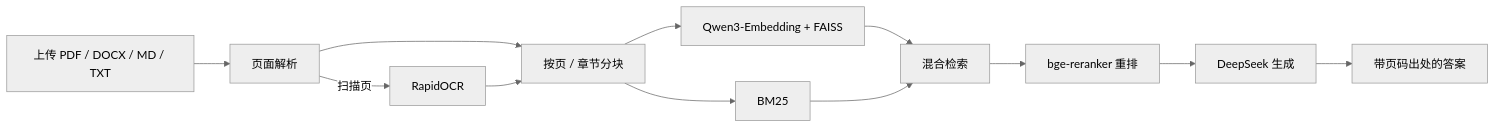
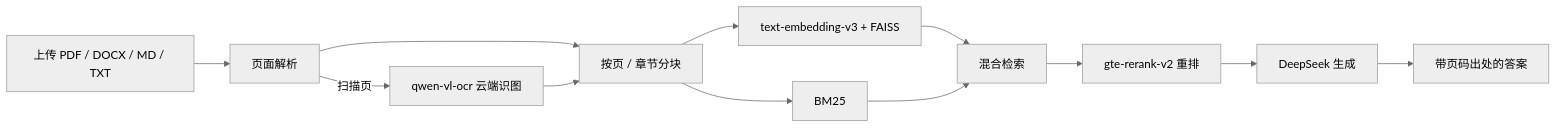
The diagram in README.md (changliu736-design/zhidu-xiaozhan), drawn with Mermaid (neutral theme) before and after one commit. The commit also changed other lines of this file and 9 other files, not shown here.

First line of the commit message:
feat: 扫描件 OCR 改走云端 qwen-vl-ocr，服务器不再装本地推理框架

````diff
--- a/README.md
+++ b/README.md
@@ -259,14 +260,14 @@
 ```mermaid
 flowchart LR
     A["上传 PDF / DOCX / MD / TXT"] --> B["页面解析"]
-    B -->|扫描页| C["RapidOCR"]
+    B -->|扫描页| C["qwen-vl-ocr 云端识图"]
     B --> D["按页 / 章节分块"]
     C --> D
-    D --> E["Qwen3-Embedding + FAISS"]
+    D --> E["text-embedding-v3 + FAISS"]
     D --> F["BM25"]
     E --> G["混合检索"]
     F --> G
-    G --> H["bge-reranker 重排"]
+    G --> H["gte-rerank-v2 重排"]
     H --> I["DeepSeek 生成"]
     I --> J["带页码出处的答案"]
 ```
````
